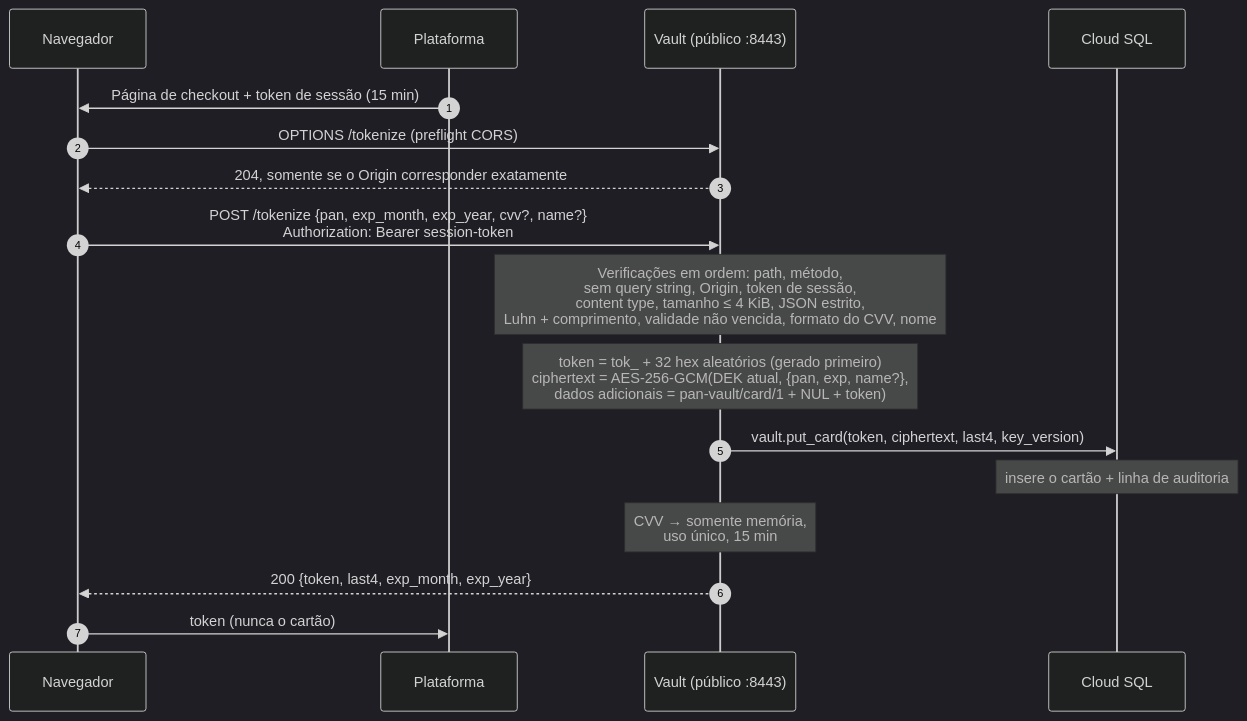
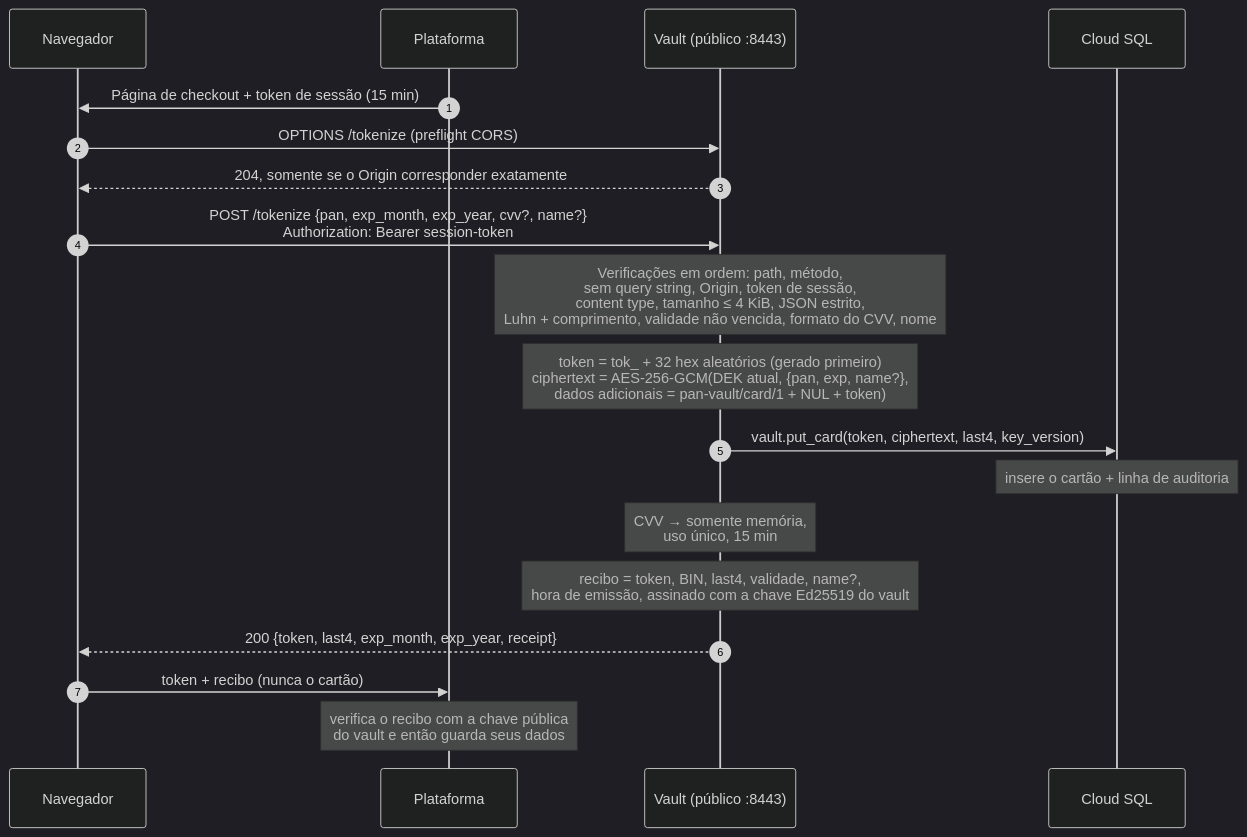
The fifth of 11 diagrams in README.pt-BR.md (camcima/tokenizer), drawn with Mermaid (dark theme) before and after one commit. The commit also changed other lines of this file and 12 other files, not shown here.

````diff
--- a/README.pt-BR.md
+++ b/README.pt-BR.md
@@ -292,20 +292,22 @@
 ```mermaid
 sequenceDiagram
     autonumber
     participant B as Navegador
     participant P as Plataforma
     participant V as Vault (público :8443)
     participant DB as Cloud SQL
 
     P->>B: Página de checkout + token de sessão (15 min)
     B->>V: OPTIONS /tokenize (preflight CORS)
     V-->>B: 204, somente se o Origin corresponder exatamente
     B->>V: POST /tokenize {pan, exp_month, exp_year, cvv?, name?}<br/>Authorization: Bearer session-token
     Note over V: Verificações em ordem: path, método,<br/>sem query string, Origin, token de sessão,<br/>content type, tamanho ≤ 4 KiB, JSON estrito,<br/>Luhn + comprimento, validade não vencida, formato do CVV, nome
     Note over V: token = tok_ + 32 hex aleatórios (gerado primeiro)<br/>ciphertext = AES-256-GCM(DEK atual, {pan, exp, name?},<br/>dados adicionais = pan-vault/card/1 + NUL + token)
     V->>DB: vault.put_card(token, ciphertext, last4, key_version)
     Note over DB: insere o cartão + linha de auditoria
     Note over V: CVV → somente memória,<br/>uso único, 15 min
-    V-->>B: 200 {token, last4, exp_month, exp_year}
-    B->>P: token (nunca o cartão)
+    Note over V: recibo = token, BIN, last4, validade, name?,<br/>hora de emissão, assinado com a chave Ed25519 do vault
+    V-->>B: 200 {token, last4, exp_month, exp_year, receipt}
+    B->>P: token + recibo (nunca o cartão)
+    Note over P: verifica o recibo com a chave pública<br/>do vault e então guarda seus dados
 ```
````
